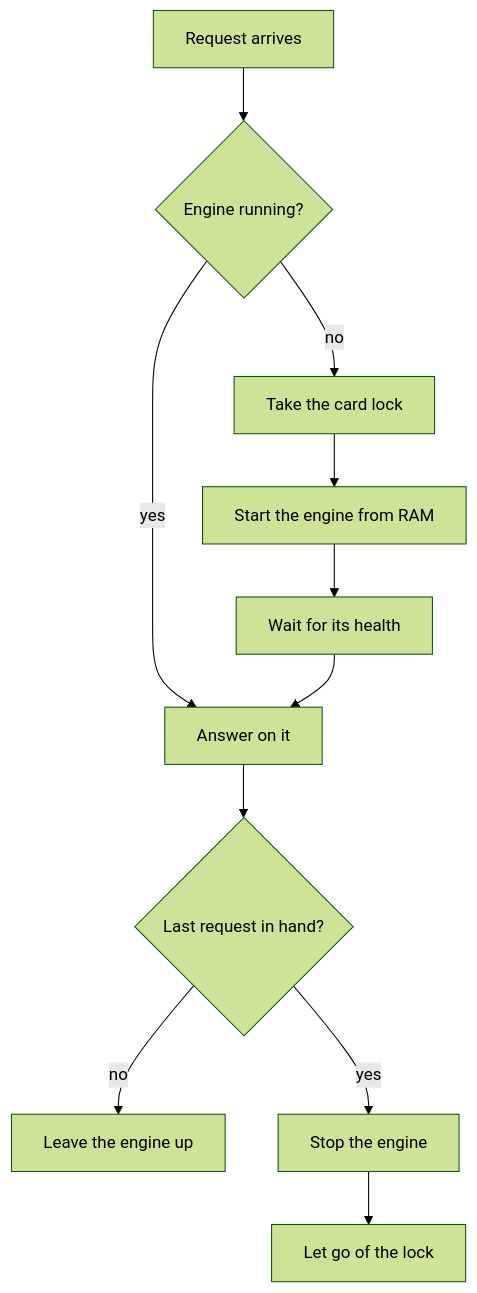
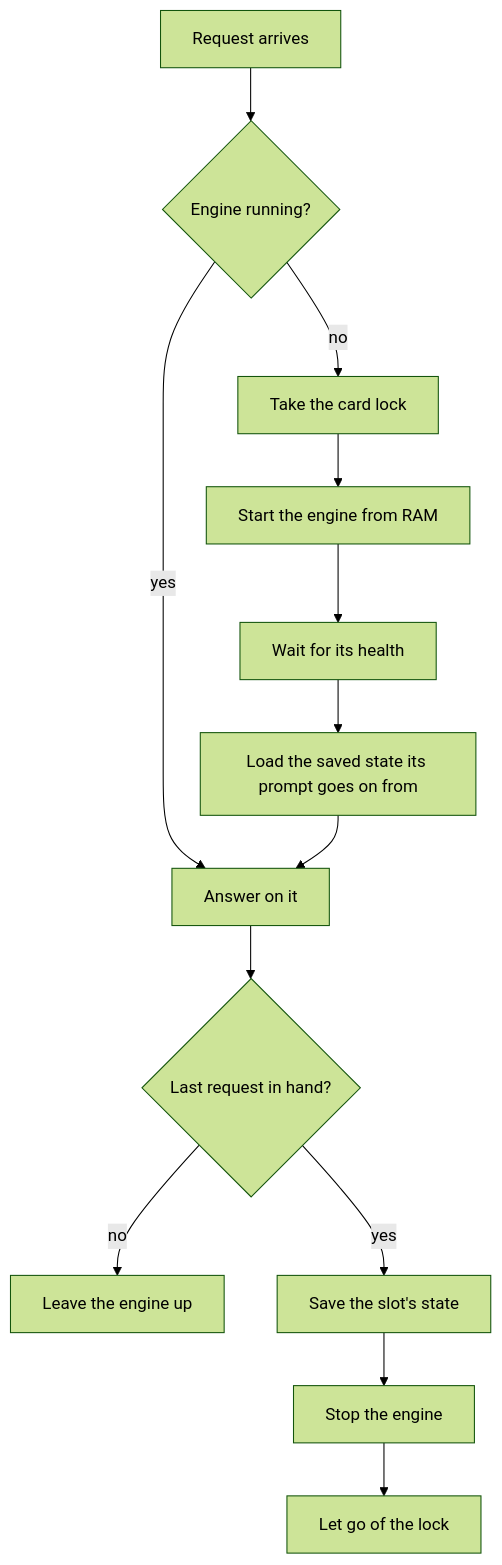
One commit to ahas/bmo-gate changed the diagram in docs/n5-llm.md. Above: the diagram before and after it, drawn with Mermaid (forest theme). The commit also changed other lines of this file and 4 other files, not shown here.

````diff
--- a/docs/n5-llm.md
+++ b/docs/n5-llm.md
@@ -106,13 +108,15 @@
 ```mermaid
 flowchart TD
   A[Request arrives] --> B{Engine running?}
   B -- yes --> F[Answer on it]
   B -- no --> C[Take the card lock]
   C --> D[Start the engine from RAM]
   D --> E[Wait for its health]
-  E --> F
+  E --> R[Load the saved state its prompt goes on from]
+  R --> F
   F --> G{Last request in hand?}
   G -- no --> H[Leave the engine up]
-  G -- yes --> I[Stop the engine]
+  G -- yes --> S[Save the slot's state]
+  S --> I[Stop the engine]
   I --> J[Let go of the lock]
 ```
````
